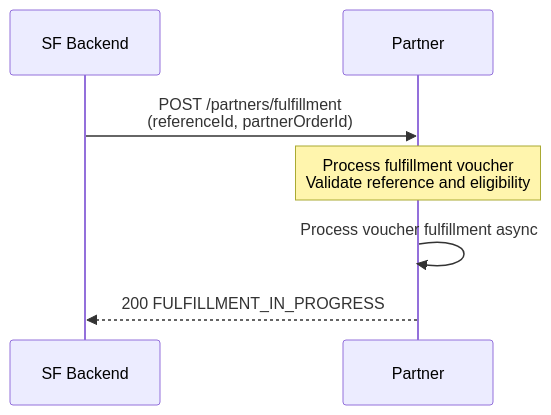
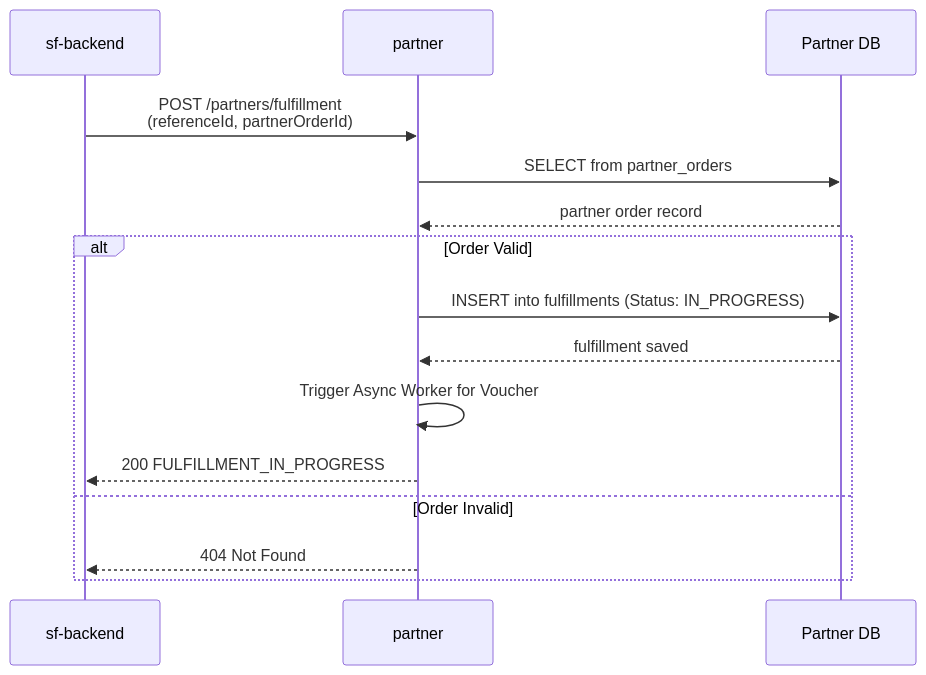
Before and after one commit to jafarrohmadi/xl-test: the second of 3 diagrams in api-contract/partner/sequence.md, drawn with Mermaid. The commit also changed other lines of this file and 3308 other files, not shown here.

First line of the commit message:
feat: implement complete microservices architecture with documentation

````diff
--- a/api-contract/partner/sequence.md
+++ b/api-contract/partner/sequence.md
@@ -18,10 +31,19 @@
 ```mermaid
 sequenceDiagram
-    participant SF as SF Backend
-    participant PA as Partner
+    participant Backend as sf-backend
+    participant Partner as partner
+    participant Database as Partner DB
 
-    SF->>PA: POST /partners/fulfillment<br/>(referenceId, partnerOrderId)
-    Note over PA: Process fulfillment voucher<br/>Validate reference and eligibility
-    PA->>PA: Process voucher fulfillment async
-    PA-->>SF: 200 FULFILLMENT_IN_PROGRESS
+    Backend->>Partner: POST /partners/fulfillment<br/>(referenceId, partnerOrderId)
+    Partner->>Database: SELECT from partner_orders
+    Database-->>Partner: partner order record
+    
+    alt Order Valid
+        Partner->>Database: INSERT into fulfillments (Status: IN_PROGRESS)
+        Database-->>Partner: fulfillment saved
+        Partner->>Partner: Trigger Async Worker for Voucher
+        Partner-->>Backend: 200 FULFILLMENT_IN_PROGRESS
+    else Order Invalid
+        Partner-->>Backend: 404 Not Found
+    end
 ```
````
